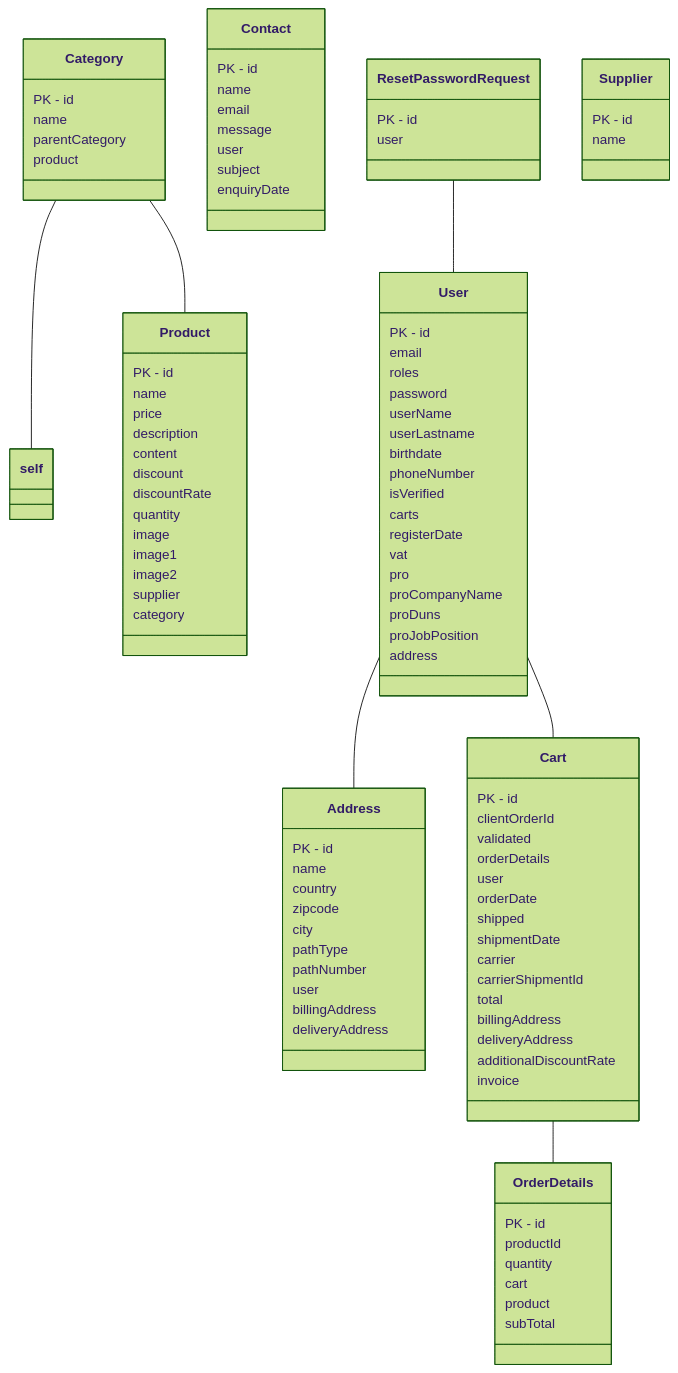
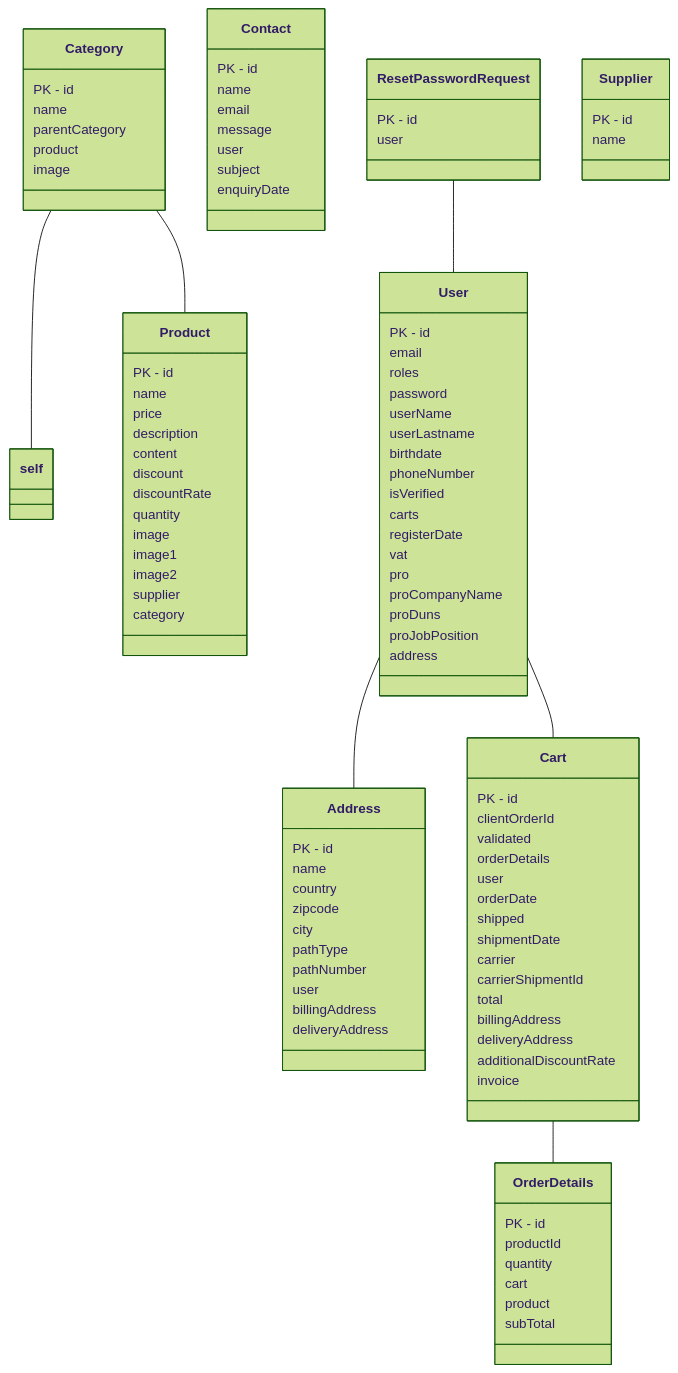
The diagram in Fil Rouge/MUSE/UML.md (AlexisDonato/CDA), drawn with Mermaid (forest theme) before and after one commit. The commit also changed 26 other files, not shown here.

````diff
--- a/Fil Rouge/MUSE/UML.md
+++ b/Fil Rouge/MUSE/UML.md
@@ -19,6 +19,7 @@
 name
 parentCategory
 product
+image
 }
 
 Category -- self
@@ -33,6 +34,25 @@
 enquiryDate
 }
 
+class Cart{
+PK - id
+clientOrderId
+validated
+orderDetails
+user
+orderDate
+shipped
+shipmentDate
+carrier
+carrierShipmentId
+total
+billingAddress
+deliveryAddress
+additionalDiscountRate
+invoice
+}
+
+Cart -- OrderDetails
 class OrderDetails{
 PK - id
 productId
@@ -40,6 +60,17 @@
 cart
 product
 subTotal
+}
+
+class ResetPasswordRequest{
+PK - id
+user
+}
+
+ResetPasswordRequest -- User
+class Supplier{
+PK - id
+name
 }
 
 class Product{
@@ -56,17 +87,6 @@
 image2
 supplier
 category
-}
-
-class ResetPasswordRequest{
-PK - id
-user
-}
-
-ResetPasswordRequest -- User
-class Supplier{
-PK - id
-name
 }
 
 class User{
@@ -91,24 +111,5 @@
 
 User -- Cart
 User -- Address
-class Cart{
-PK - id
-clientOrderId
-validated
-orderDetails
-user
-orderDate
-shipped
-shipmentDate
-carrier
-carrierShipmentId
-total
-billingAddress
-deliveryAddress
-additionalDiscountRate
-invoice
-}
-
-Cart -- OrderDetails
 
 ```
````
